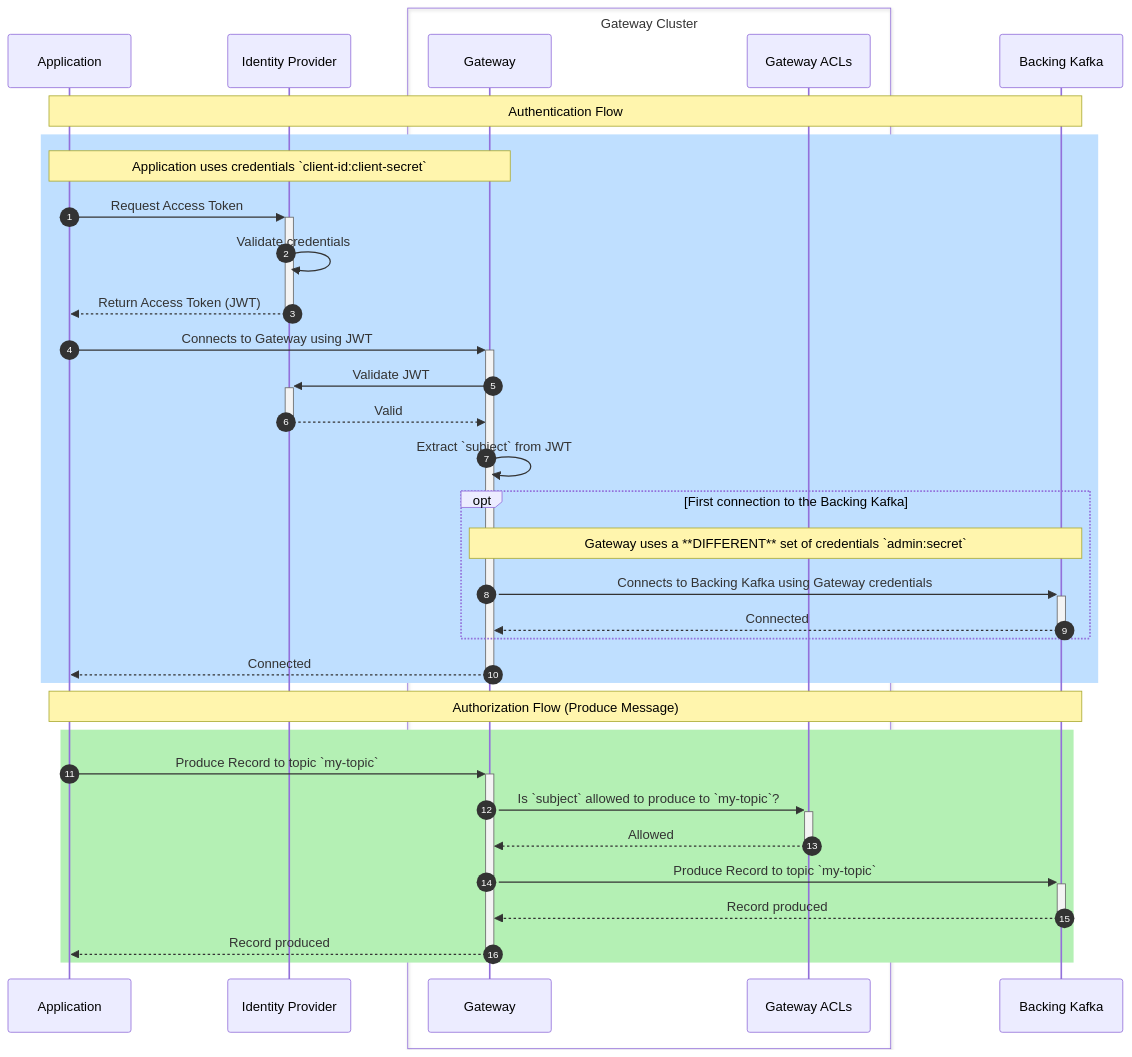
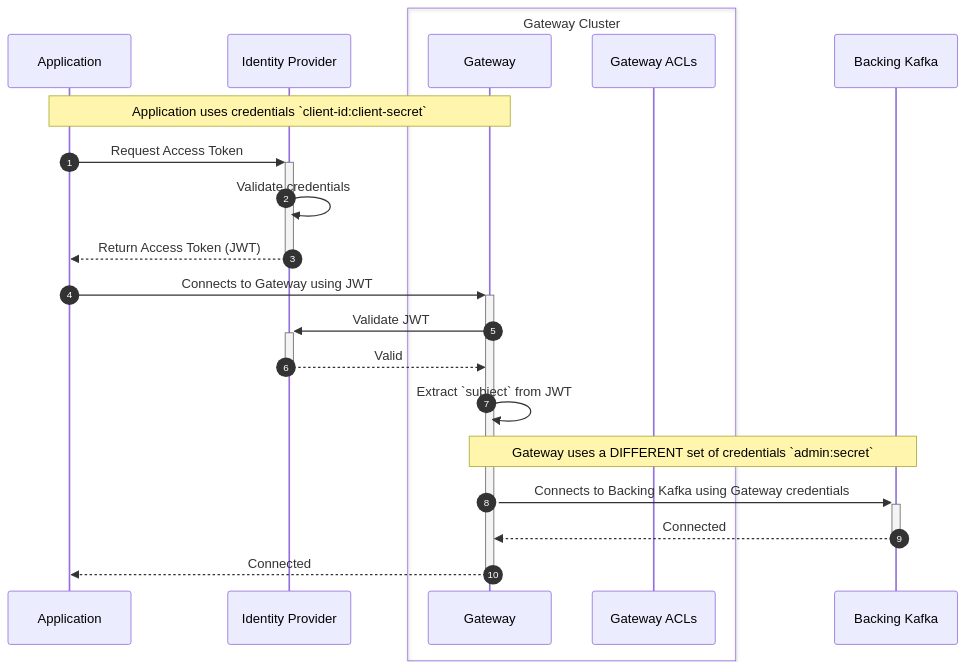
The third of 8 diagrams in docs/gateway/configuration/index.md (conduktor/conduktor-docs), drawn with Mermaid before and after one commit. The commit also changed other lines of this file, not shown here.

````diff
--- a/docs/gateway/configuration/index.md
+++ b/docs/gateway/configuration/index.md
@@ -62,40 +68,25 @@
 ```mermaid
 sequenceDiagram
 	autonumber
 	participant A as Application 
 	participant I as Identity Provider
 	box Gateway Cluster
     participant GW as Gateway
     participant GW2 as Gateway ACLs
     end
     participant K as Backing Kafka
 	
-	Note over A,K: Authentication Flow
-	rect rgb(191, 223, 255)
 	Note over A,GW: Application uses credentials `client-id:client-secret`
 	A->>+I: Request Access Token
 	I->>I: Validate credentials
     I-->>-A: Return Access Token (JWT)
     A->>+GW: Connects to Gateway using JWT
     GW->>+I: Validate JWT
     I-->>-GW: Valid
     GW->>GW: Extract `subject` from JWT
     
-    opt First connection to the Backing Kafka
-    Note over GW,K: Gateway uses a **DIFFERENT** set of credentials `admin:secret`
+    Note over GW,K: Gateway uses a DIFFERENT set of credentials `admin:secret`
     GW->>+K: Connects to Backing Kafka using Gateway credentials
     K-->>-GW: Connected
-    end
     GW-->>-A: Connected
-    end
-    
-    Note over A,K: Authorization Flow (Produce Message)
-    rect rgb(180, 240, 180)
-    A->>+GW: Produce Record to topic `my-topic`
-    GW->>+GW2: Is `subject` allowed to produce to `my-topic`?
-    GW2-->>-GW: Allowed
-    GW->>+K: Produce Record to topic `my-topic`
-    K-->>-GW: Record produced
-    GW-->>-A: Record produced
-	end
 ```
````
